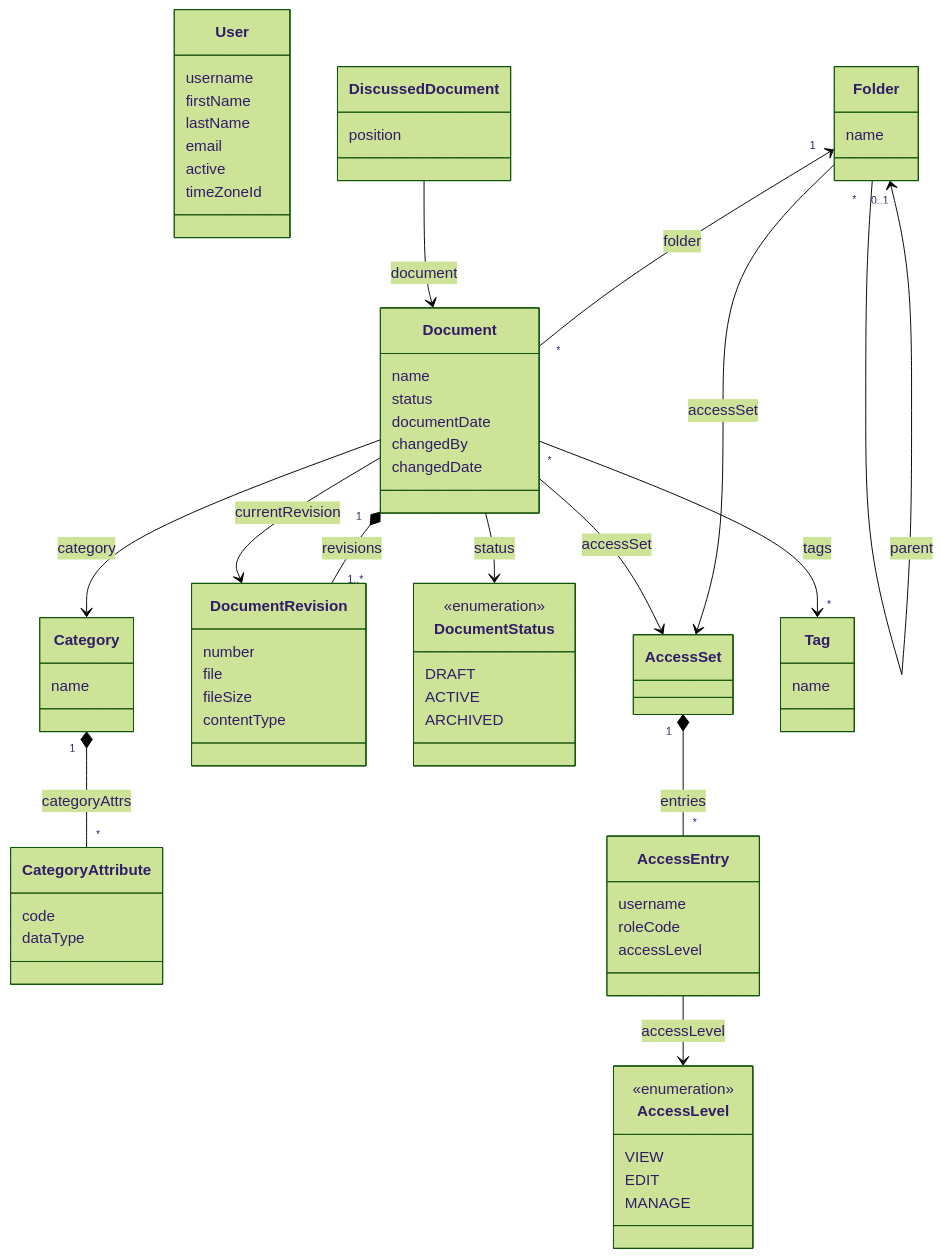
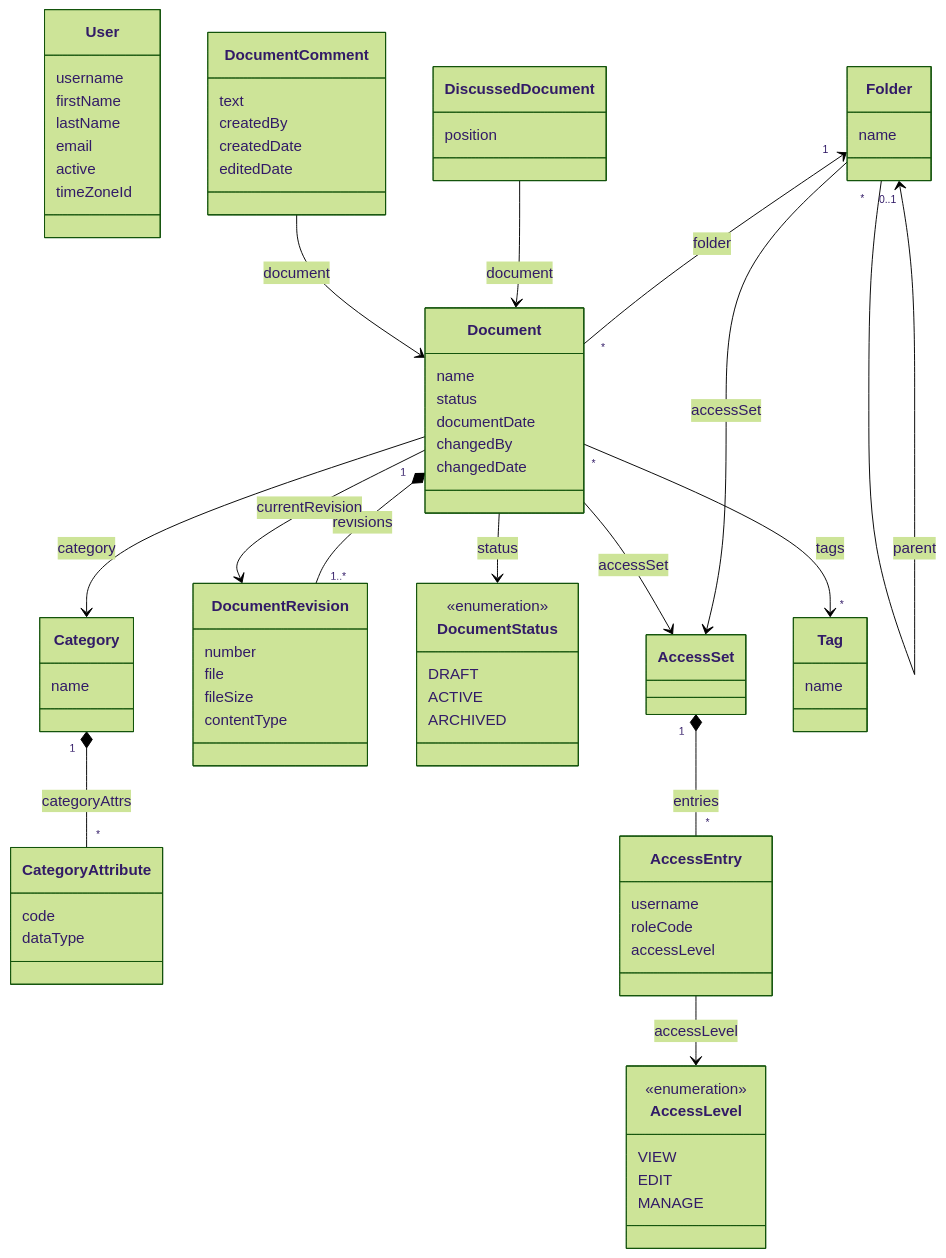
Before and after one commit to jmix-framework/jmix-docai: the diagram in README.md, drawn with Mermaid (forest theme). The commit also changed other lines of this file and 39 other files, not shown here.

````diff
--- a/README.md
+++ b/README.md
@@ -224,71 +226,78 @@
 ```mermaid
 classDiagram
     class User {
         username
         firstName
         lastName
         email
         active
         timeZoneId
     }
     class Folder {
         name
     }
     class Document {
         name
         status
         documentDate
         changedBy
         changedDate
     }
     class Category {
         name
     }
     class CategoryAttribute {
         code
         dataType
     }
     class DocumentRevision {
         number
         file
         fileSize
         contentType
     }
     class DocumentStatus {
         <<enumeration>>
         DRAFT
         ACTIVE
         ARCHIVED
     }
     class AccessSet
     class AccessEntry {
         username
         roleCode
         accessLevel
     }
     class AccessLevel {
         <<enumeration>>
         VIEW
         EDIT
         MANAGE
     }
     class DiscussedDocument {
         position
     }
+    class DocumentComment {
+        text
+        createdBy
+        createdDate
+        editedDate
+    }
     class Tag {
         name
     }
     Folder "0..1" <-- "*" Folder : parent
     Folder "1" <-- "*" Document : folder
     Document "1" *-- "1..*" DocumentRevision : revisions
     Document --> DocumentRevision : currentRevision
     Document --> DocumentStatus : status
     Folder --> AccessSet : accessSet
     Document --> AccessSet : accessSet
     Document --> Category : category
     Document "*" --> "*" Tag : tags
     Category "1" *-- "*" CategoryAttribute : categoryAttrs
     AccessSet "1" *-- "*" AccessEntry : entries
     AccessEntry --> AccessLevel : accessLevel
     DiscussedDocument --> Document : document
+    DocumentComment --> Document : document
 ```
````
